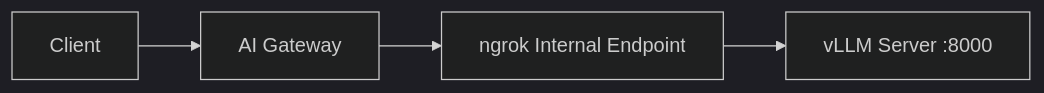
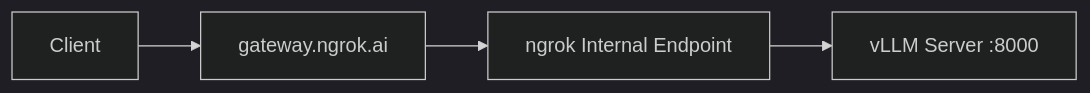
Before and after one commit to ngrok/ngrok-docs: the diagram in ai-gateway/custom-providers/vllm.mdx, drawn with Mermaid (dark theme). The commit also changed other lines of this file and 99 other files, not shown here.

First line of the commit message:
Overhaul AI Gateway docs for new architecture (#2196)

````diff
--- a/ai-gateway/custom-providers/vllm.mdx
+++ b/ai-gateway/custom-providers/vllm.mdx
@@ -20,6 +21,6 @@
 ```mermaid
 graph LR
-    A[Client] --> B[AI Gateway]
+    A[Client] --> B[gateway.ngrok.ai]
     B --> C[ngrok Internal Endpoint]
     C --> D[vLLM Server :8000]
 ```
````
